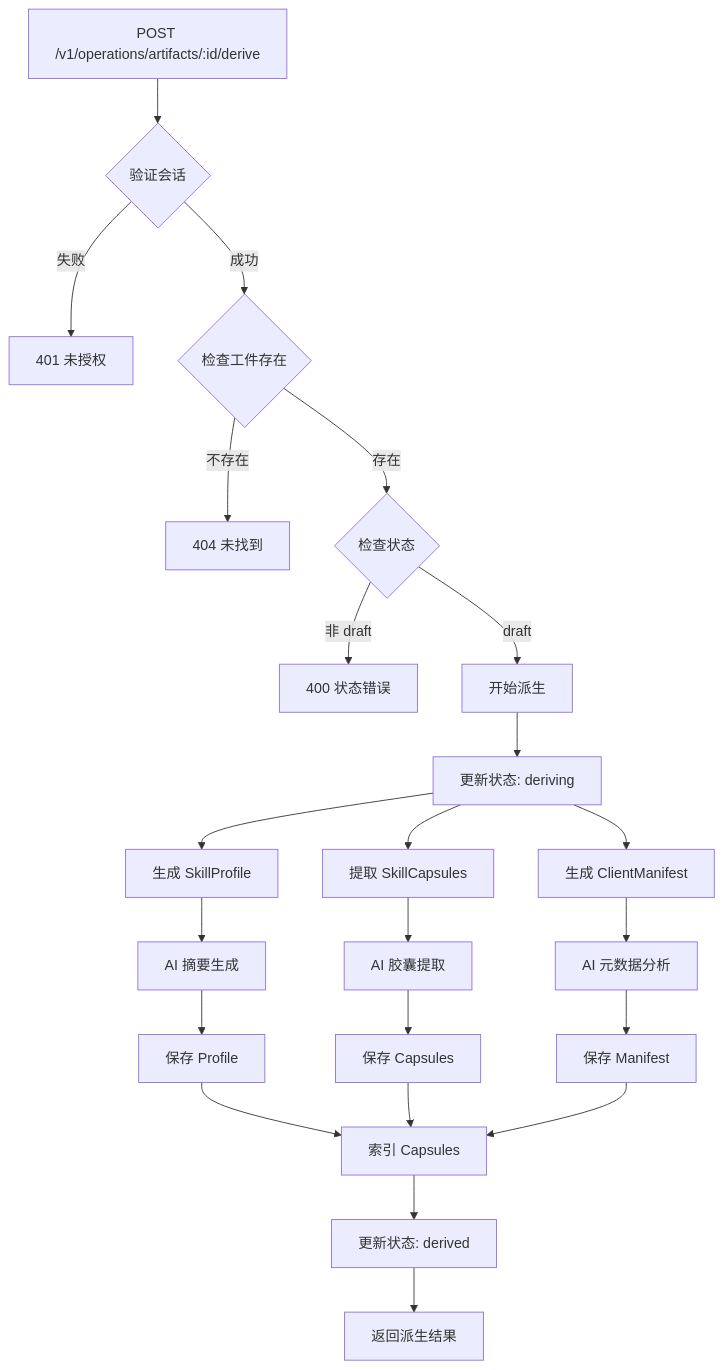
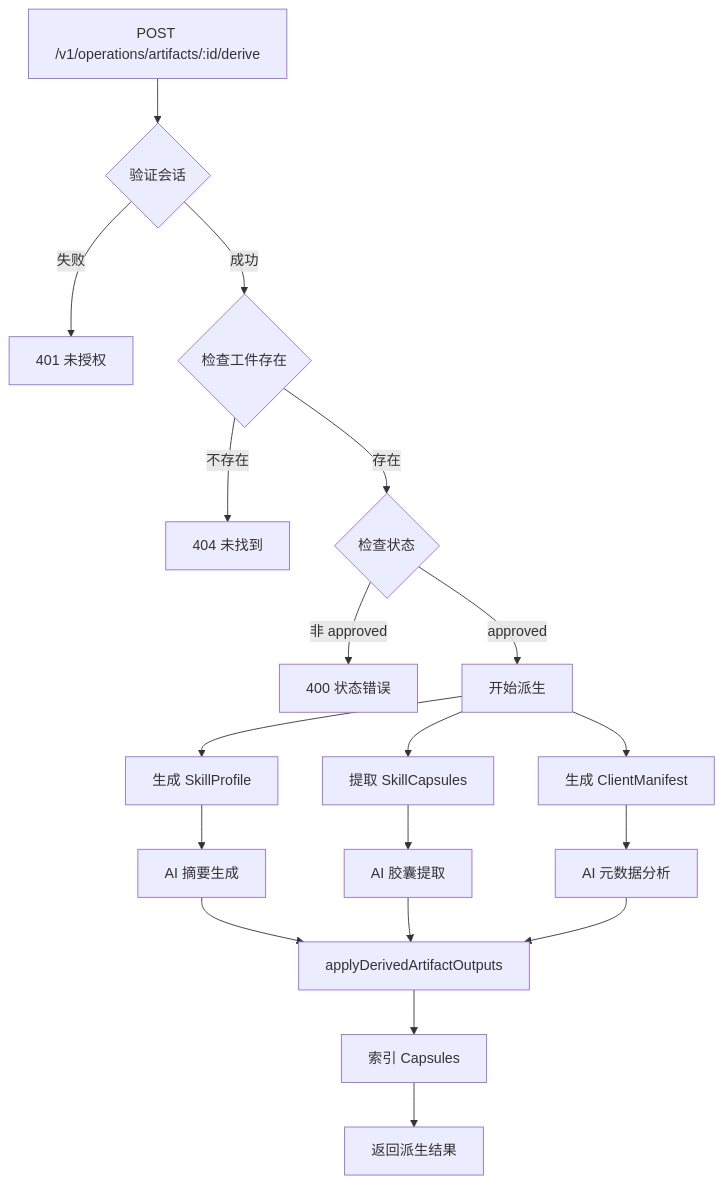
One commit to pofossette/TrapMap-for-vibing changed the fifth of 7 diagrams in docs/architecture/components/ARTIFACTS.md. Above: the diagram before and after it, drawn with Mermaid. The commit also changed other lines of this file and 17 other files, not shown here.

````diff
--- a/docs/architecture/components/ARTIFACTS.md
+++ b/docs/architecture/components/ARTIFACTS.md
@@ -247,31 +260,26 @@
 ```mermaid
 flowchart TB
     A[POST /v1/operations/artifacts/:id/derive] --> B{验证会话}
     B -->|失败| C[401 未授权]
     B -->|成功| D{检查工件存在}
     D -->|不存在| E[404 未找到]
     D -->|存在| F{检查状态}
     
-    F -->|非 draft| G[400 状态错误]
-    F -->|draft| H[开始派生]
+    F -->|非 approved| G[400 状态错误]
+    F -->|approved| H[开始派生]
     
-    H --> I[更新状态: deriving]
-    I --> J[生成 SkillProfile]
-    I --> K[提取 SkillCapsules]
-    I --> L[生成 ClientManifest]
+    H --> I[生成 SkillProfile]
+    H --> J[提取 SkillCapsules]
+    H --> K[生成 ClientManifest]
     
-    J --> M[AI 摘要生成]
-    K --> N[AI 胶囊提取]
-    L --> O[AI 元数据分析]
+    I --> L[AI 摘要生成]
+    J --> M[AI 胶囊提取]
+    K --> N[AI 元数据分析]
     
-    M --> P[保存 Profile]
-    N --> Q[保存 Capsules]
-    O --> R[保存 Manifest]
+    L --> O[applyDerivedArtifactOutputs]
+    M --> O
+    N --> O
     
-    P --> S[索引 Capsules]
-    Q --> S
-    R --> S
-    
-    S --> T[更新状态: derived]
-    T --> U[返回派生结果]
+    O --> P[索引 Capsules]
+    P --> Q[返回派生结果]
 ```
````
